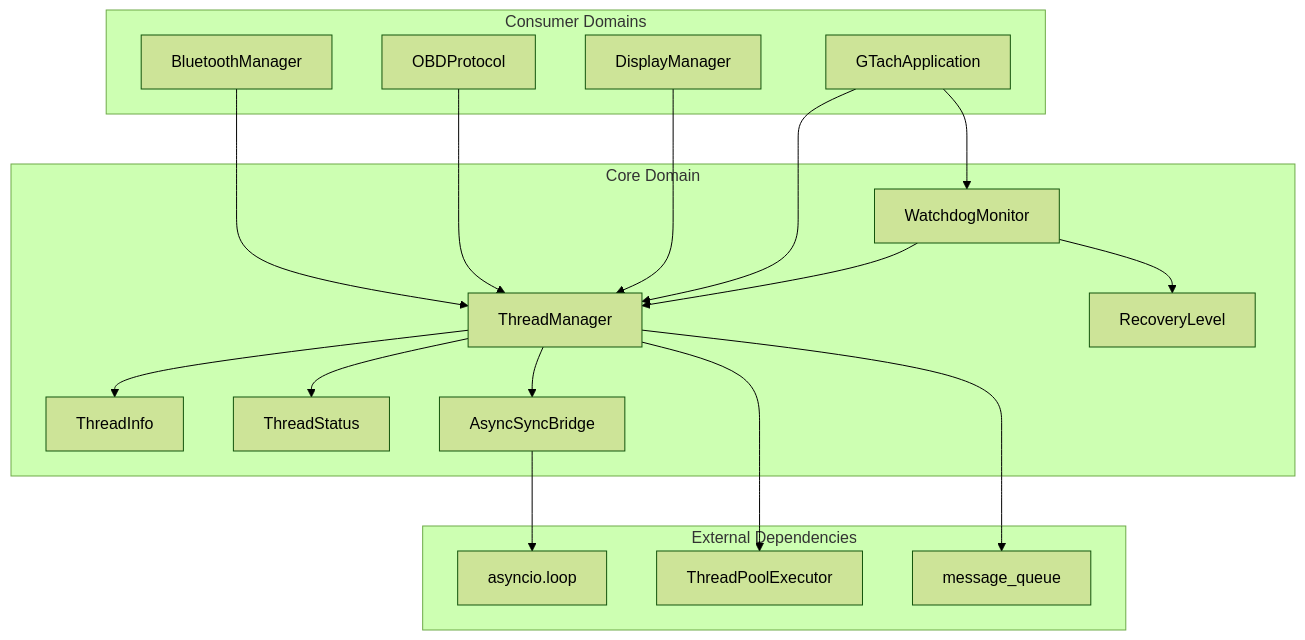
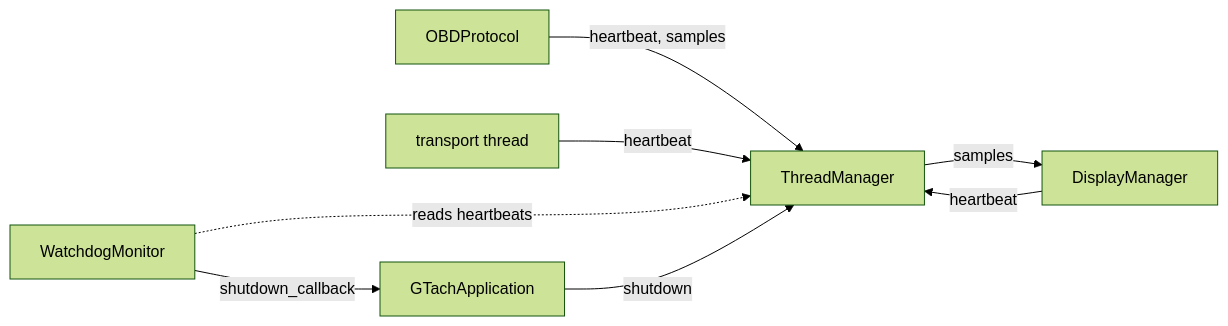
Before and after one commit to William12556/GTach: the diagram in ai/workspace/design/design-4f8a2b1c-domain_core.md, drawn with Mermaid (forest theme). The commit also changed other lines of this file and 6 other files, not shown here.

````diff
--- a/ai/workspace/design/design-4f8a2b1c-domain_core.md
+++ b/ai/workspace/design/design-4f8a2b1c-domain_core.md
@@ -477,41 +127,10 @@
 ```mermaid
-graph TB
-    subgraph "Core Domain"
-        TM[ThreadManager]
-        WD[WatchdogMonitor]
-        ASB[AsyncSyncBridge]
-        TI[ThreadInfo]
-        TS[ThreadStatus]
-        RL[RecoveryLevel]
-    end
-    
-    subgraph "External Dependencies"
-        TP[ThreadPoolExecutor]
-        AL[asyncio.loop]
-        MQ[message_queue]
-    end
-    
-    TM --> TI
-    TM --> TS
-    TM --> ASB
-    TM --> TP
-    TM --> MQ
-    
-    WD --> TM
-    WD --> RL
-    
-    ASB --> AL
-    
-    subgraph "Consumer Domains"
-        BT[BluetoothManager]
-        OBD[OBDProtocol]
-        DM[DisplayManager]
-        APP[GTachApplication]
-    end
-    
-    BT --> TM
-    OBD --> TM
-    DM --> TM
-    APP --> TM
-    APP --> WD
+flowchart LR
+    OBD[OBDProtocol] -- heartbeat, samples --> TM[ThreadManager]
+    TR[transport thread] -- heartbeat --> TM
+    DM[DisplayManager] -- heartbeat --> TM
+    TM -- samples --> DM
+    WD[WatchdogMonitor] -. reads heartbeats .-> TM
+    WD -- shutdown_callback --> APP[GTachApplication]
+    APP -- shutdown --> TM
 ```
````
